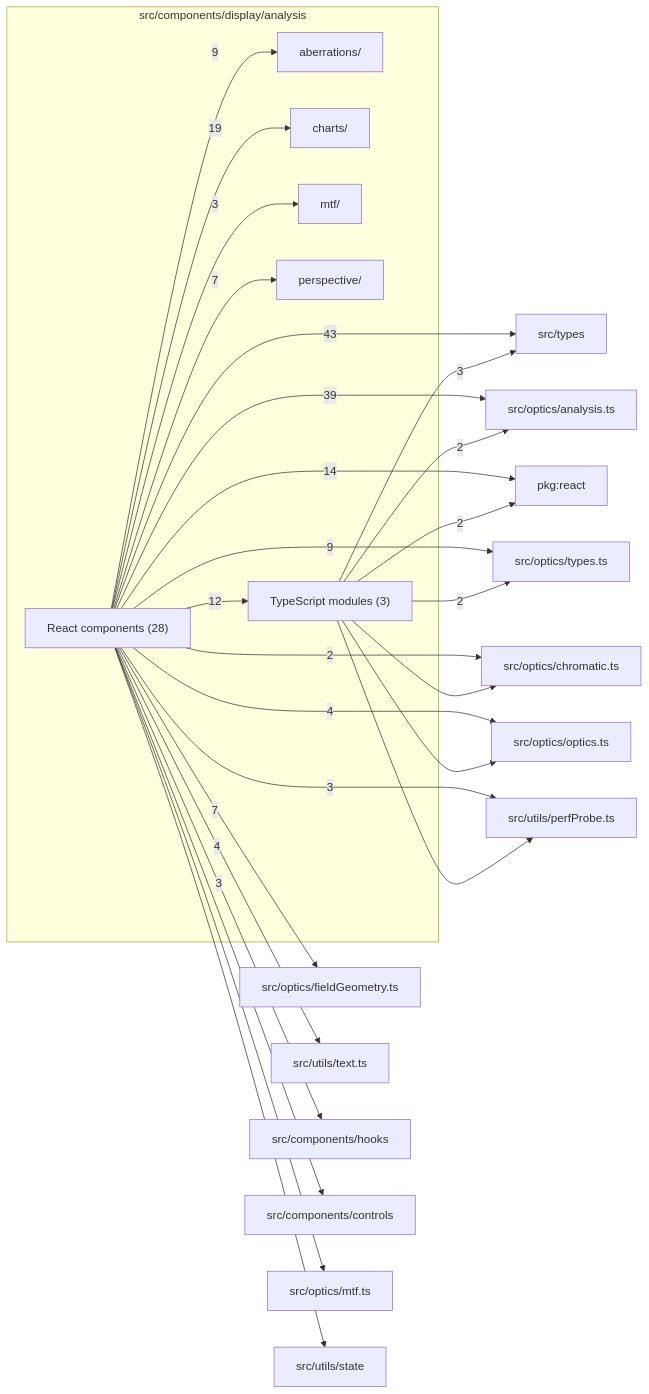
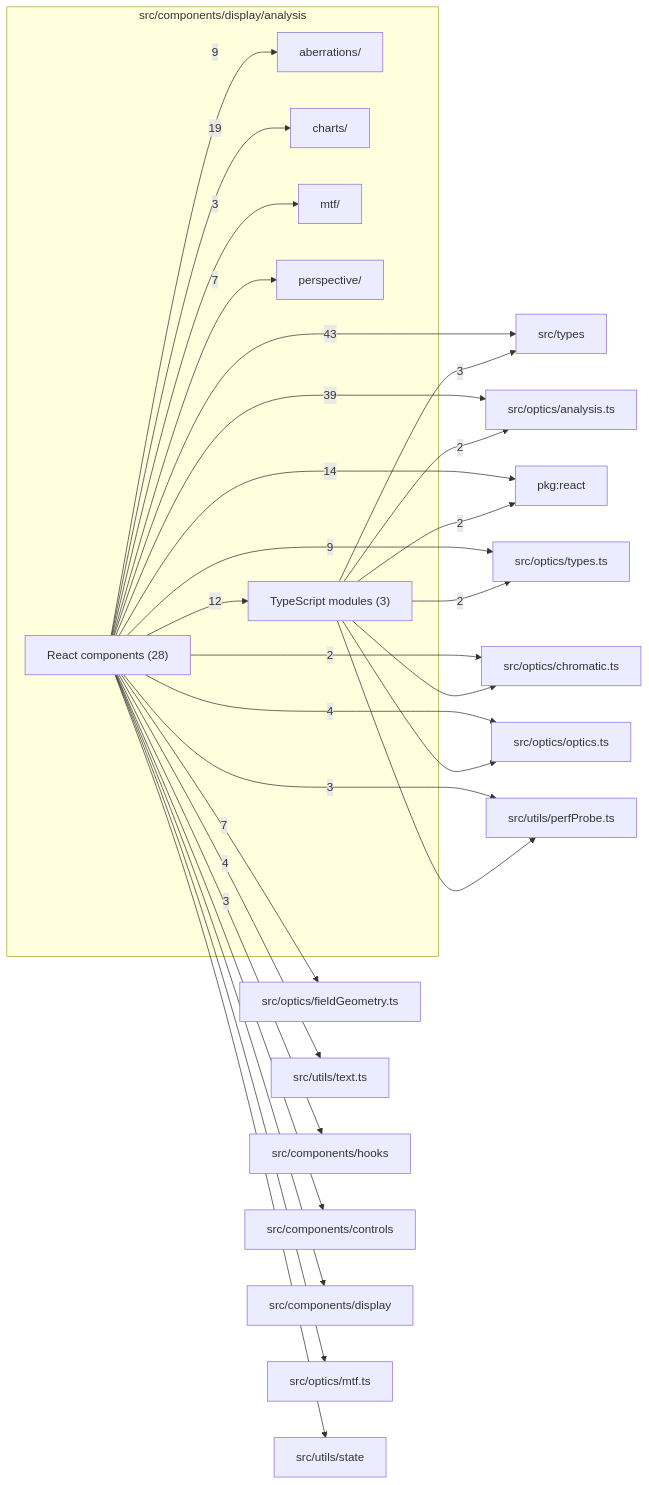
The diagram in src/components/display/analysis/readme.md (ronbuening/LensVisualizer), drawn with Mermaid before and after one commit. The commit also changed other lines of this file and 57 other files, not shown here.

````diff
--- a/src/components/display/analysis/readme.md
+++ b/src/components/display/analysis/readme.md
@@ -9,49 +9,51 @@
 ```mermaid
 flowchart LR
   subgraph n_src_components_display_analysis["src/components/display/analysis"]
     n_src_components_display_analysis_src_components_display_analysis_aberrations["aberrations/"]
     n_src_components_display_analysis_src_components_display_analysis_charts["charts/"]
     n_src_components_display_analysis_src_components_display_analysis_mtf["mtf/"]
     n_src_components_display_analysis_src_components_display_analysis_perspective["perspective/"]
     n_src_components_display_analysis_React_components["React components (28)"]
     n_src_components_display_analysis_TypeScript_modules["TypeScript modules (3)"]
   end
   n_external_src_types["src/types"]
   n_external_src_optics_analysis_ts["src/optics/analysis.ts"]
   n_external_pkg_react["pkg:react"]
   n_external_src_optics_types_ts["src/optics/types.ts"]
   n_external_src_optics_fieldGeometry_ts["src/optics/fieldGeometry.ts"]
   n_external_src_optics_optics_ts["src/optics/optics.ts"]
   n_external_src_utils_text_ts["src/utils/text.ts"]
   n_external_src_components_hooks["src/components/hooks"]
   n_external_src_utils_perfProbe_ts["src/utils/perfProbe.ts"]
   n_external_src_optics_chromatic_ts["src/optics/chromatic.ts"]
   n_external_src_components_controls["src/components/controls"]
+  n_external_src_components_display["src/components/display"]
   n_external_src_optics_mtf_ts["src/optics/mtf.ts"]
   n_external_src_utils_state["src/utils/state"]
   n_src_components_display_analysis_React_components --> |43| n_external_src_types
   n_src_components_display_analysis_React_components --> |39| n_external_src_optics_analysis_ts
   n_src_components_display_analysis_React_components --> |19| n_src_components_display_analysis_src_components_display_analysis_charts
   n_src_components_display_analysis_React_components --> |14| n_external_pkg_react
   n_src_components_display_analysis_React_components --> |12| n_src_components_display_analysis_TypeScript_modules
   n_src_components_display_analysis_React_components --> |9| n_external_src_optics_types_ts
   n_src_components_display_analysis_React_components --> |9| n_src_components_display_analysis_src_components_display_analysis_aberrations
   n_src_components_display_analysis_React_components --> |7| n_external_src_optics_fieldGeometry_ts
   n_src_components_display_analysis_React_components --> |7| n_src_components_display_analysis_src_components_display_analysis_perspective
   n_src_components_display_analysis_React_components --> |4| n_external_src_optics_optics_ts
   n_src_components_display_analysis_React_components --> |4| n_external_src_utils_text_ts
   n_src_components_display_analysis_React_components --> |3| n_external_src_components_hooks
   n_src_components_display_analysis_TypeScript_modules --> |3| n_external_src_types
   n_src_components_display_analysis_React_components --> |3| n_external_src_utils_perfProbe_ts
   n_src_components_display_analysis_React_components --> |3| n_src_components_display_analysis_src_components_display_analysis_mtf
   n_src_components_display_analysis_TypeScript_modules --> |2| n_external_pkg_react
   n_src_components_display_analysis_TypeScript_modules --> |2| n_external_src_optics_analysis_ts
   n_src_components_display_analysis_React_components --> |2| n_external_src_optics_chromatic_ts
   n_src_components_display_analysis_TypeScript_modules --> |2| n_external_src_optics_types_ts
   n_src_components_display_analysis_React_components --> n_external_src_components_controls
+  n_src_components_display_analysis_React_components --> n_external_src_components_display
   n_src_components_display_analysis_TypeScript_modules --> n_external_src_optics_chromatic_ts
   n_src_components_display_analysis_React_components --> n_external_src_optics_mtf_ts
   n_src_components_display_analysis_TypeScript_modules --> n_external_src_optics_optics_ts
   n_src_components_display_analysis_TypeScript_modules --> n_external_src_utils_perfProbe_ts
   n_src_components_display_analysis_React_components --> n_external_src_utils_state
 ```
````
